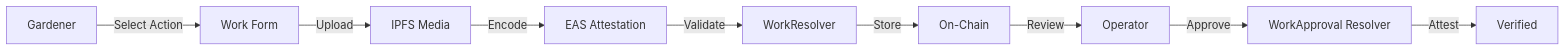
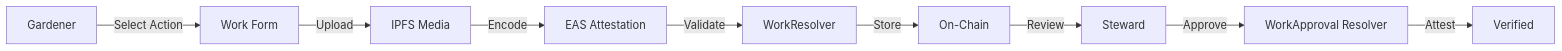
The diagram in docs/docs/builders/quality/test-cases.mdx (greenpill-dev-guild/green-goods), drawn with Mermaid before and after one commit. The commit also changed other lines of this file and 447 other files, not shown here.

````diff
--- a/docs/docs/builders/quality/test-cases.mdx
+++ b/docs/docs/builders/quality/test-cases.mdx
@@ -36,11 +36,11 @@
 ```mermaid
 flowchart LR
     G[Gardener] --> |Select Action| Form[Work Form]
     Form --> |Upload| IPFS[IPFS Media]
     IPFS --> |Encode| EAS[EAS Attestation]
     EAS --> |Validate| WR[WorkResolver]
     WR --> |Store| Chain[On-Chain]
-    Chain --> |Review| Op[Operator]
+    Chain --> |Review| Op[Steward]
     Op --> |Approve| WAR[WorkApproval Resolver]
     WAR --> |Attest| Done[Verified]
 ```
````
